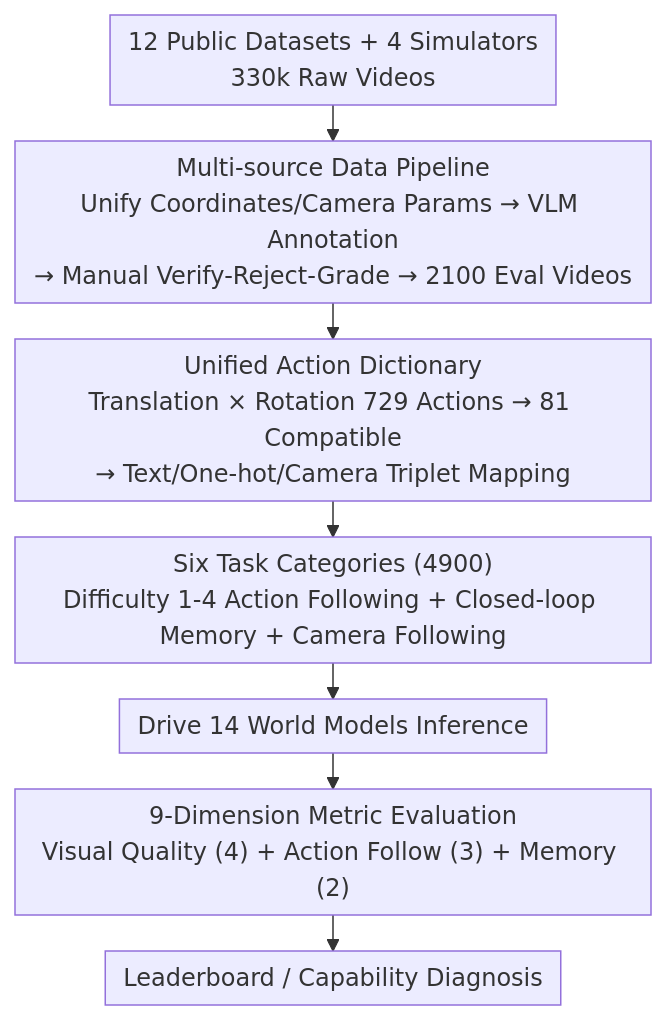
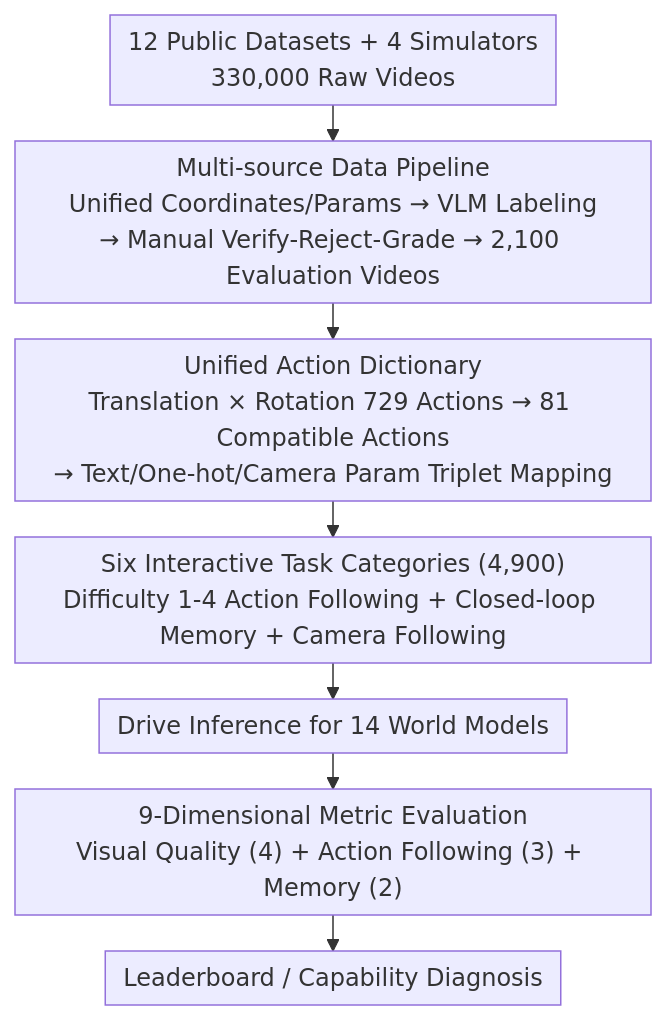
The diagram in docs/ICML2026/others/iworld-bench_a_benchmark_for_interactive_world_models_with_a_unified_action_gene.md (zhaoyang97/Paper-Notes-en), drawn with Mermaid before and after one commit. The commit also changed other lines of this file and 5084 other files, not shown here.

````diff
--- a/docs/ICML2026/others/iworld-bench_a_benchmark_for_interactive_world_models_with_a_unified_action_gene.md
+++ b/docs/ICML2026/others/iworld-bench_a_benchmark_for_interactive_world_models_with_a_unified_action_gene.md
@@ -42,10 +42,10 @@
 ```mermaid
 %%{init: {'flowchart': {'rankSpacing': 24, 'nodeSpacing': 28, 'padding': 6, 'wrappingWidth': 400}}}%%
 flowchart TD
-    A["12 Public Datasets + 4 Simulators<br/>330k Raw Videos"] --> B["Multi-source Data Pipeline<br/>Unify Coordinates/Camera Params → VLM Annotation<br/>→ Manual Verify-Reject-Grade → 2100 Eval Videos"]
-    B --> C["Unified Action Dictionary<br/>Translation × Rotation 729 Actions → 81 Compatible<br/>→ Text/One-hot/Camera Triplet Mapping"]
-    C --> D["Six Task Categories (4900)<br/>Difficulty 1-4 Action Following + Closed-loop Memory + Camera Following"]
-    D --> E["Drive 14 World Models Inference"]
-    E --> F["9-Dimension Metric Evaluation<br/>Visual Quality (4) + Action Follow (3) + Memory (2)"]
+    A["12 Public Datasets + 4 Simulators<br/>330,000 Raw Videos"] --> B["Multi-source Data Pipeline<br/>Unified Coordinates/Params → VLM Labeling<br/>→ Manual Verify-Reject-Grade → 2,100 Evaluation Videos"]
+    B --> C["Unified Action Dictionary<br/>Translation × Rotation 729 Actions → 81 Compatible Actions<br/>→ Text/One-hot/Camera Param Triplet Mapping"]
+    C --> D["Six Interactive Task Categories (4,900)<br/>Difficulty 1-4 Action Following + Closed-loop Memory + Camera Following"]
+    D --> E["Drive Inference for 14 World Models"]
+    E --> F["9-Dimensional Metric Evaluation<br/>Visual Quality (4) + Action Following (3) + Memory (2)"]
     F --> G["Leaderboard / Capability Diagnosis"]
 ```
````
